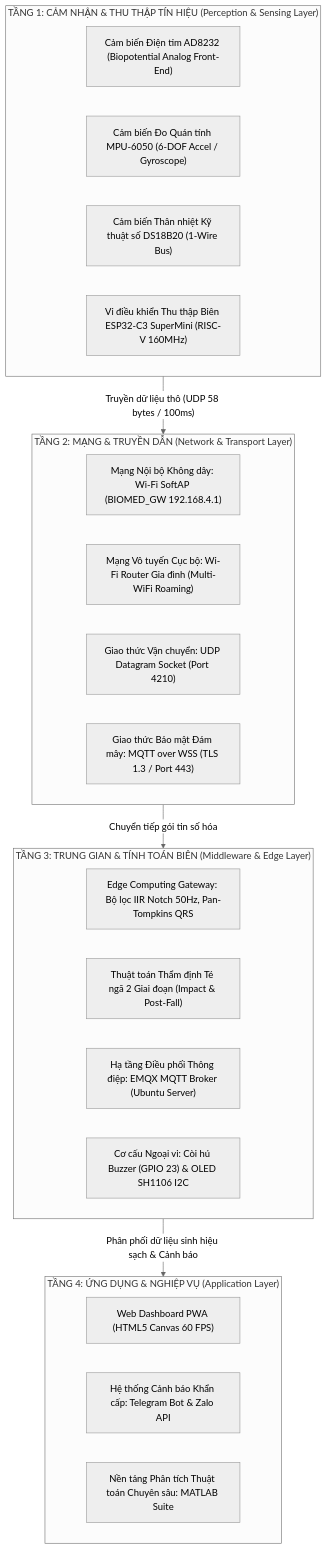
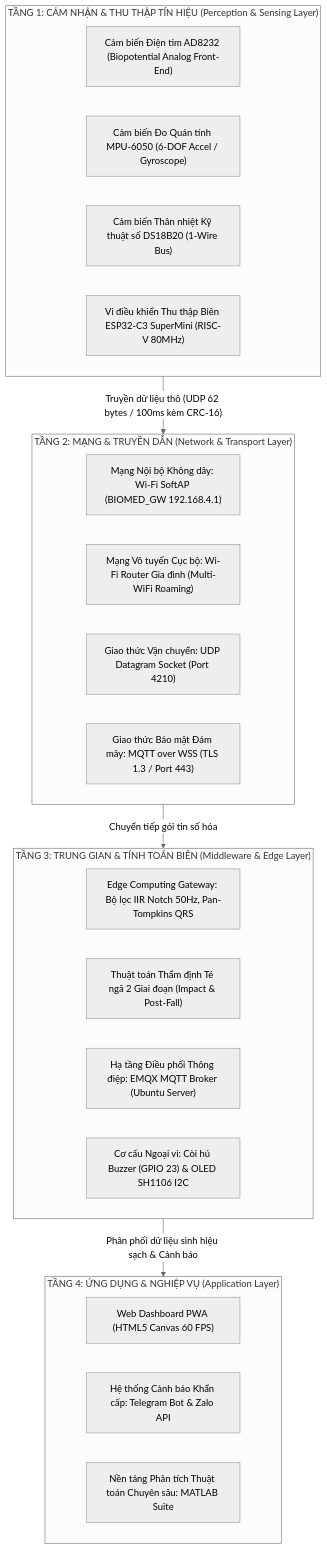
Before and after one commit to tsbyinchei/IoMT-ECG-FallDetection: the fourth of 4 diagrams in SYSTEM_ARCHITECTURE.md, drawn with Mermaid (neutral theme). The commit also changed other lines of this file and 4 other files, not shown here.

Commit message:
feat(firmware): implement 80MHz power optimization and 62-byte CRC-16 protocol

````diff
--- a/SYSTEM_ARCHITECTURE.md
+++ b/SYSTEM_ARCHITECTURE.md
@@ -401,33 +401,33 @@
 ```mermaid
 flowchart TD
     subgraph L4 ["TẦNG 4: ỨNG DỤNG & NGHIỆP VỤ (Application Layer)"]
         A1["Web Dashboard PWA (HTML5 Canvas 60 FPS)"]
         A2["Hệ thống Cảnh báo Khẩn cấp: Telegram Bot & Zalo API"]
         A3["Nền tảng Phân tích Thuật toán Chuyên sâu: MATLAB Suite"]
     end
 
     subgraph L3 ["TẦNG 3: TRUNG GIAN & TÍNH TOÁN BIÊN (Middleware & Edge Layer)"]
         M1["Edge Computing Gateway: Bộ lọc IIR Notch 50Hz, Pan-Tompkins QRS"]
         M2["Thuật toán Thẩm định Té ngã 2 Giai đoạn (Impact & Post-Fall)"]
         M3["Hạ tầng Điều phối Thông điệp: EMQX MQTT Broker (Ubuntu Server)"]
         M4["Cơ cấu Ngoại vi: Còi hú Buzzer (GPIO 23) & OLED SH1106 I2C"]
     end
 
     subgraph L2 ["TẦNG 2: MẠNG & TRUYỀN DẪN (Network & Transport Layer)"]
         N1["Mạng Nội bộ Không dây: Wi-Fi SoftAP (BIOMED_GW 192.168.4.1)"]
         N2["Mạng Vô tuyến Cục bộ: Wi-Fi Router Gia đình (Multi-WiFi Roaming)"]
         N3["Giao thức Vận chuyển: UDP Datagram Socket (Port 4210)"]
         N4["Giao thức Bảo mật Đám mây: MQTT over WSS (TLS 1.3 / Port 443)"]
     end
 
     subgraph L1 ["TẦNG 1: CẢM NHẬN & THU THẬP TÍN HIỆU (Perception & Sensing Layer)"]
         S1["Cảm biến Điện tim AD8232 (Biopotential Analog Front-End)"]
         S2["Cảm biến Đo Quán tính MPU-6050 (6-DOF Accel / Gyroscope)"]
         S3["Cảm biến Thân nhiệt Kỹ thuật số DS18B20 (1-Wire Bus)"]
-        S4["Vi điều khiển Thu thập Biên ESP32-C3 SuperMini (RISC-V 160MHz)"]
+        S4["Vi điều khiển Thu thập Biên ESP32-C3 SuperMini (RISC-V 80MHz)"]
     end
 
-    L1 -->|"Truyền dữ liệu thô (UDP 58 bytes / 100ms)"| L2
+    L1 -->|"Truyền dữ liệu thô (UDP 62 bytes / 100ms kèm CRC-16)"| L2
     L2 -->|"Chuyển tiếp gói tin số hóa"| L3
     L3 -->|"Phân phối dữ liệu sinh hiệu sạch & Cảnh báo"| L4
 ```
````
